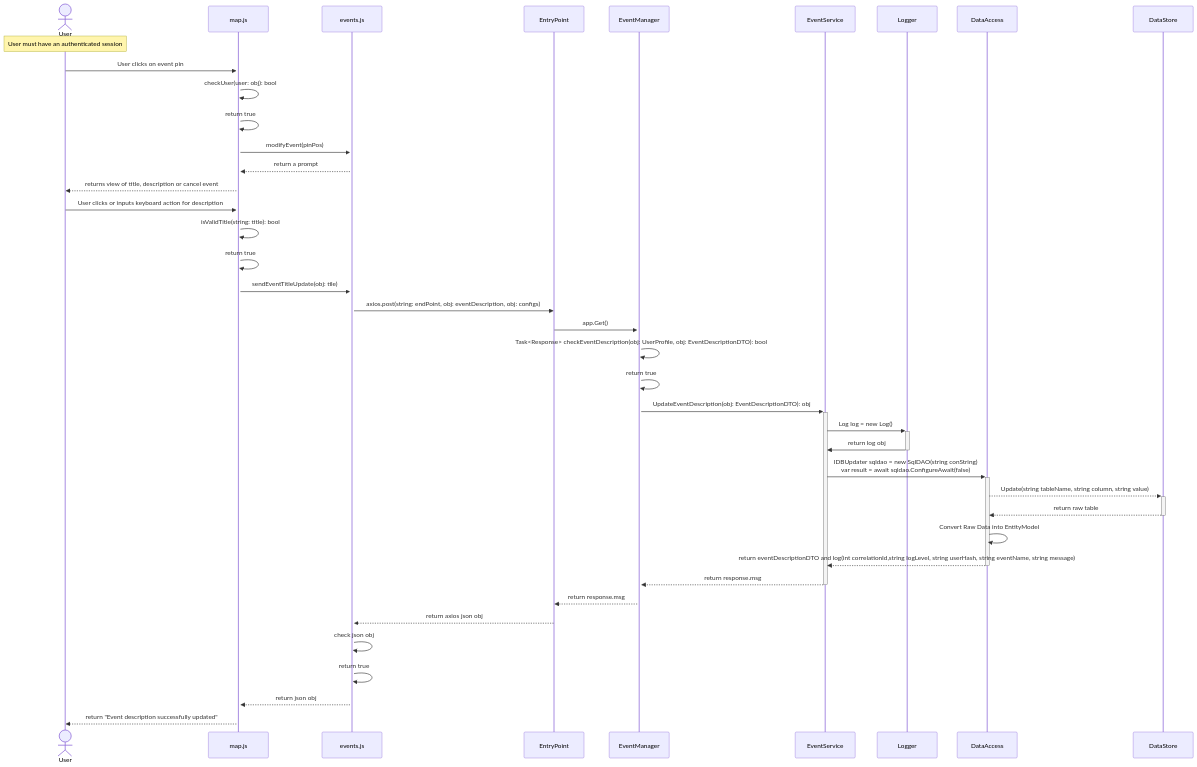
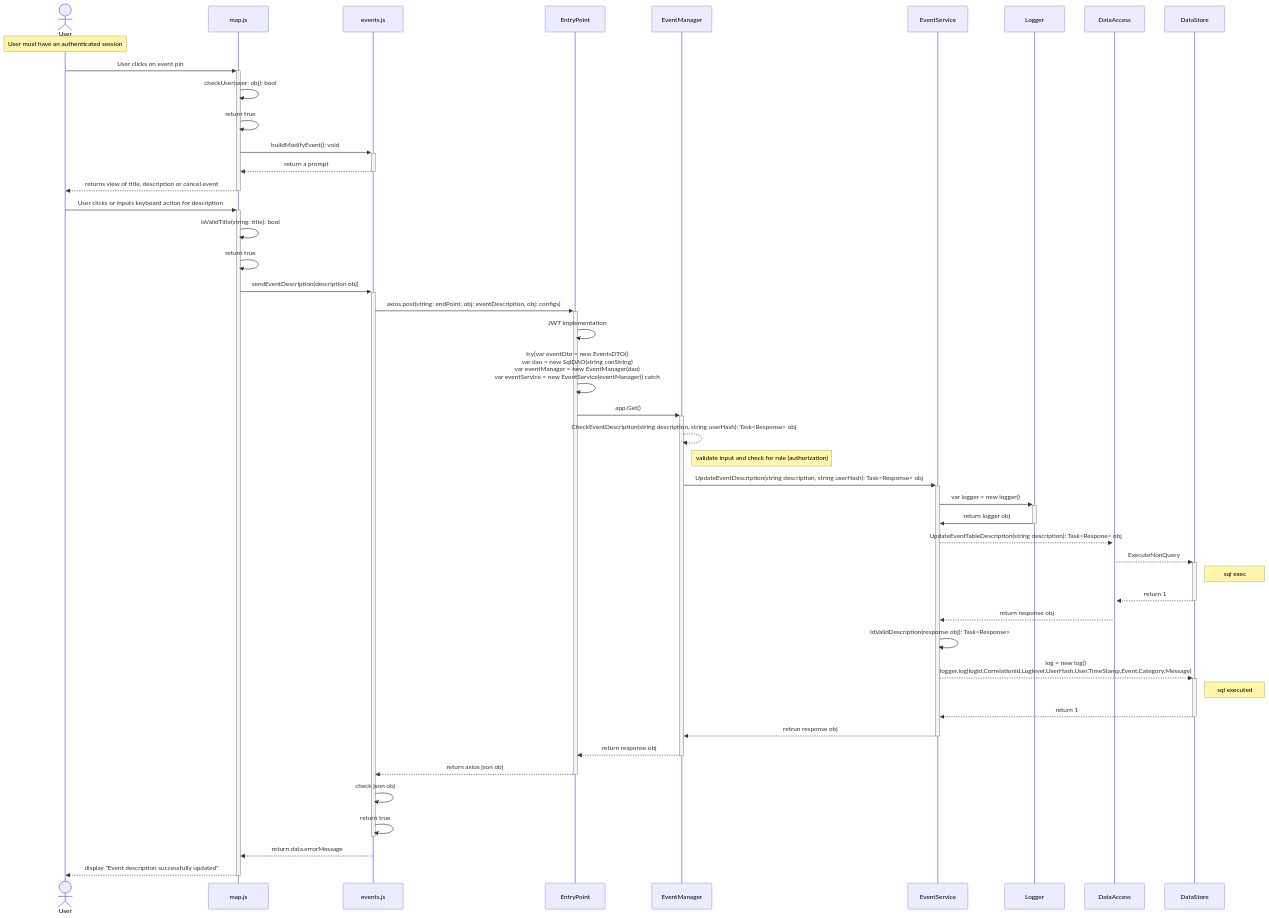
Before and after one commit to JosephArmas/cecs-491A-Team-Big-Data: the diagram in events/success/event-modification-description-success.md, drawn with Mermaid. The commit also changed 10 other files, not shown here.

````diff
--- a/events/success/event-modification-description-success.md
+++ b/events/success/event-modification-description-success.md
@@ -2,44 +2,50 @@
 ```mermaid
 sequenceDiagram
     actor User
     participant map.js
     participant events.js
     participant EntryPoint
     participant EventManager
     participant EventService
     participant Logger
     participant DataAccess
     participant DataStore
     note over User: User must have an authenticated session
     User->>+map.js: User clicks on event pin
     map.js->>map.js: checkUser(user: obj): bool
     map.js->>map.js: return true
-    map.js->>+events.js: modifyEvent(pinPos)
-    events.js-->>map.js: return a prompt 
-    map.js-->>User: returns view of title, description or cancel event
-    User->>map.js: User clicks or inputs keyboard action for description
+    map.js->>+events.js: buildModifyEvent(): void
+    events.js-->>-map.js: return a prompt 
+    map.js-->>-User: returns view of title, description or cancel event
+    User->>+map.js: User clicks or inputs keyboard action for description
     map.js->>map.js: isValidTitle(string: title): bool
     map.js->>map.js: return true
-    map.js->>events.js: sendEventTitleUpdate(obj: tile)
-    events.js->>EntryPoint: axios.post(string: endPoint, obj: eventDescription, obj: configs)
+    map.js->>+events.js: sendEventDescription(description obj)
+    events.js->>+EntryPoint: axios.post(string: endPoint, obj: eventDescription, obj: configs)
+    EntryPoint->>EntryPoint: JWT implementation
+    EntryPoint->>EntryPoint: try{var eventDto = new EventsDTO() <br> var dao = new SqlDAO(string conString) <br> var eventManager = new EventManager(dao) <br> var eventService = new EventService(eventManager)} catch
     EntryPoint->>+EventManager: app.Get()
-    EventManager->>EventManager: Task<Response> checkEventDescription(obj: UserProfile, obj: EventDescriptionDTO): bool
-    EventManager->>EventManager: return true
-    EventManager->>+EventService: UpdateEventDescription(obj: EventDescriptionDTO): obj
-    EventService->>+Logger: Log log = new Log()
-    Logger->>-EventService: return log obj
-    EventService->>+DataAccess: IDBUpdater sqldao = new SqlDAO(string conString)<br>var result = await sqldao.ConfigureAwait(false)
-    DataAccess-->>+DataStore: Update(string tableName, string column, string value)
-    DataStore-->>-DataAccess: return raw table
-    DataAccess->>DataAccess: Convert Raw Data into EntityModel
-    DataAccess-->>-EventService: return eventDescriptionDTO and log(int correlationId,string logLevel, string userHash, string eventName, string message) 
-    EventService-->>-EventManager: return response.msg
-    EventManager-->>EntryPoint: return response.msg
-    EntryPoint-->>events.js: return axios json obj
+    EventManager-->>EventManager: CheckEventDescription(string description, string userHash): Task<Response> obj
+    note right of EventManager: validate input and check for role (authorization)
+    EventManager->>+EventService: UpdateEventDescription(string description, string userHash): Task<Response> obj
+    EventService->>+Logger: var logger = new logger()
+    Logger->>-EventService: return logger obj
+    EventService-->>+DataAccess: UpdateEventTableDescription(string description): Task<Respone> obj
+    DataAccess-->>+DataStore: ExecuteNonQuery
+    note right of DataStore: sql exec
+    DataStore-->>-DataAccess: return 1
+    DataAccess-->>EventService: return response obj
+    EventService->>EventService:IdValidDescription(response obj): Task<Response>
+    EventService-->>+DataStore: log = new log()<br> logger.log(logId,CorrelationId,Loglevel,UserHash,User,TimeStamp,Event,Category,Message)
+    note right of DataStore: sql executed
+    DataStore-->>-EventService: return 1
+    EventService-->>-EventManager: retrun response obj
+    EventManager-->>-EntryPoint: return response obj
+    EntryPoint-->>-events.js: return axios json obj
     events.js->>events.js: check json obj
-    events.js->>events.js: return true
-    events.js-->>map.js: return json obj 
-    map.js-->>User: return "Event description successfully updated"
+    events.js->>-events.js: return true
+    events.js-->>map.js: return data.errorMessage
+    map.js-->>-User: display "Event description successfully updated"
     
 
 ```
````
